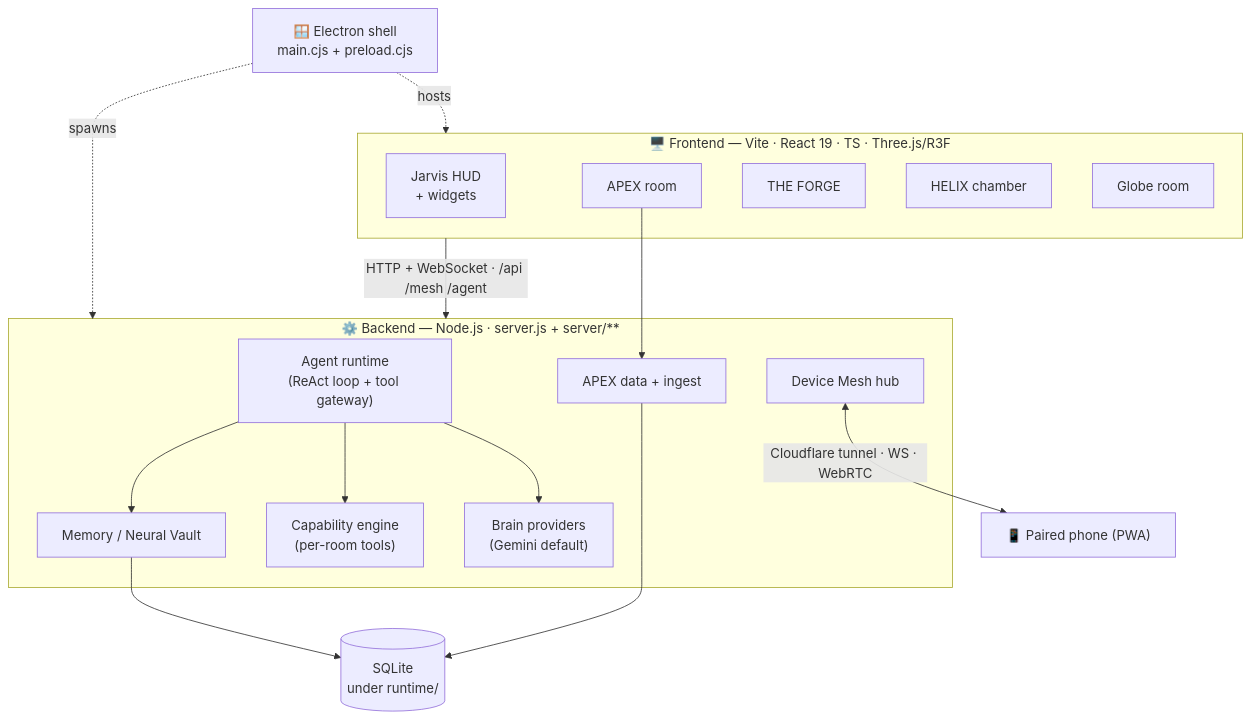
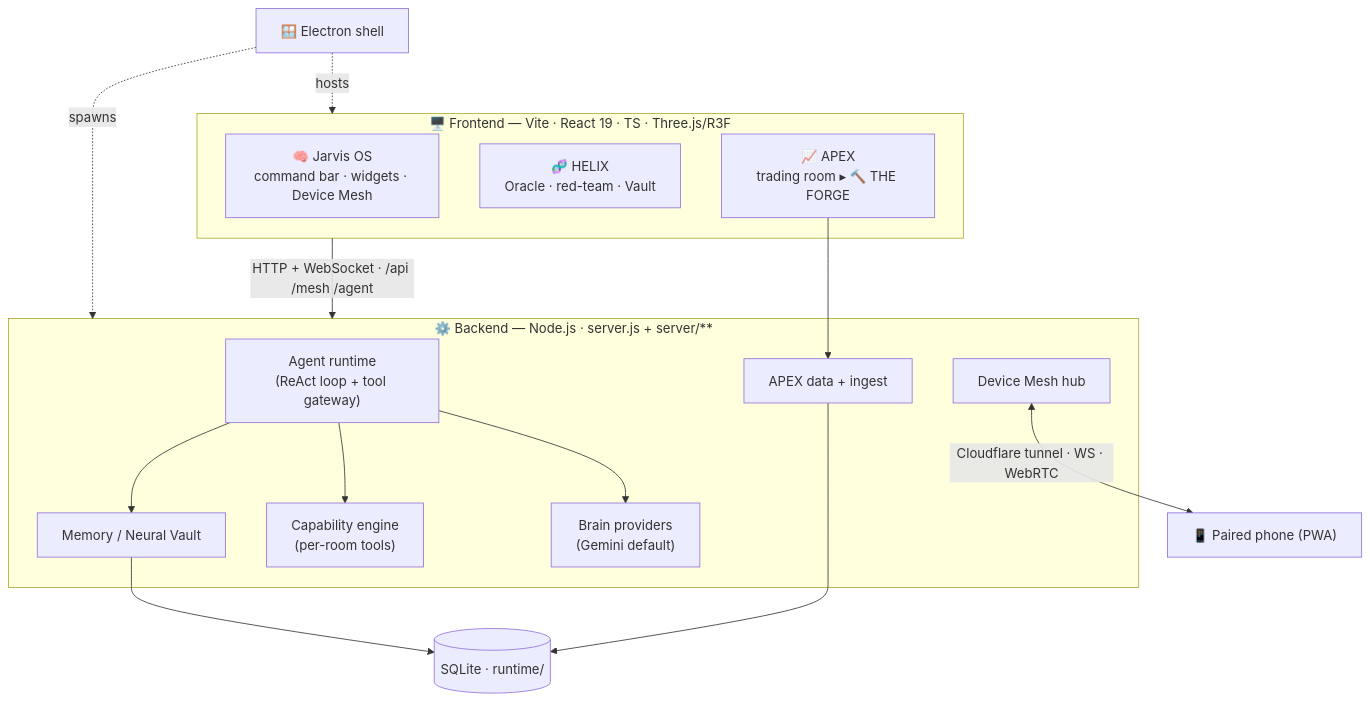
One commit to devanshagrawal0/Jarvis_ changed the second of 3 diagrams in README.md. Above: the diagram before and after it, drawn with Mermaid. The commit also changed other lines of this file and 1 other file, not shown here.

````diff
--- a/README.md
+++ b/README.md
@@ -131,34 +212,29 @@
 ```mermaid
 flowchart TD
     subgraph FE["🖥️ Frontend — Vite · React 19 · TS · Three.js/R3F"]
-        HUD["Jarvis HUD<br/>+ widgets"]
-        APEX["APEX room"]
-        FORGE["THE FORGE"]
-        HELIX["HELIX chamber"]
-        GLOBE["Globe room"]
+        HUD["🧠 Jarvis OS<br/>command bar · widgets · Device Mesh"]
+        HELIX["🧬 HELIX<br/>Oracle · red-team · Vault"]
+        APEX["📈 APEX<br/>trading room ▸ 🔨 THE FORGE"]
     end
 
     subgraph BE["⚙️ Backend — Node.js · server.js + server/**"]
         AGENT["Agent runtime<br/>(ReAct loop + tool gateway)"]
         BRAIN["Brain providers<br/>(Gemini default)"]
         CAP["Capability engine<br/>(per-room tools)"]
         MEM["Memory / Neural Vault"]
         APEXDB["APEX data + ingest"]
         MESH["Device Mesh hub"]
     end
 
-    DESK["🪟 Electron shell<br/>main.cjs + preload.cjs"]
-    DB[("SQLite<br/>under runtime/")]
+    DESK["🪟 Electron shell"]
+    DB[("SQLite · runtime/")]
     PHONE["📱 Paired phone (PWA)"]
 
     FE -->|HTTP + WebSocket · /api /mesh /agent| BE
-    AGENT --> BRAIN
-    AGENT --> CAP
-    AGENT --> MEM
+    AGENT --> BRAIN & CAP & MEM
     APEX --> APEXDB
-    MEM --> DB
-    APEXDB --> DB
+    MEM & APEXDB --> DB
     MESH <-->|Cloudflare tunnel · WS · WebRTC| PHONE
     DESK -.hosts.-> FE
     DESK -.spawns.-> BE
 ```
````
